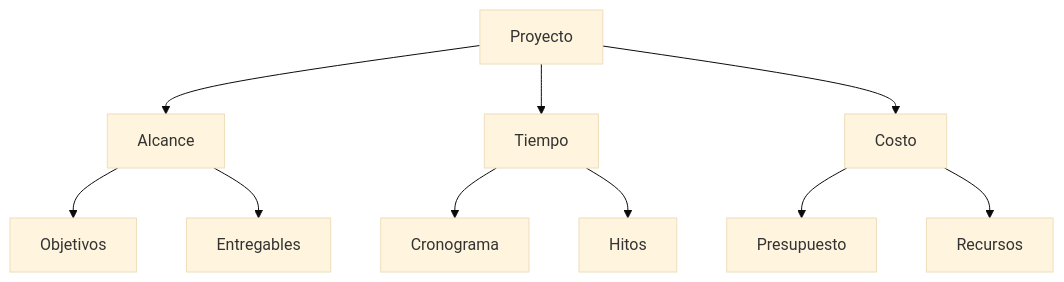
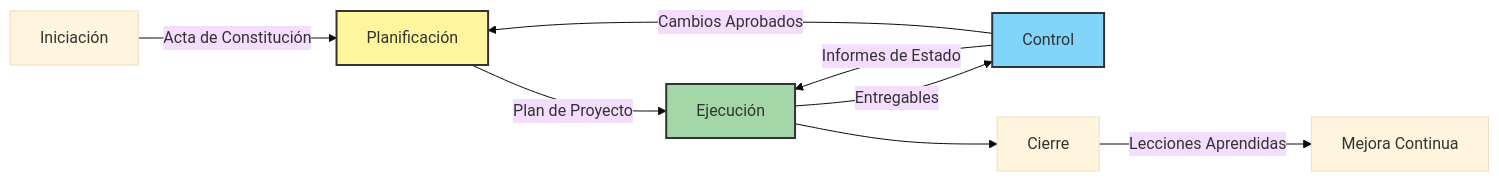
Before and after one commit to FCamaggi/gop-wiki: the second of 6 diagrams in public/content/clases/09-resumen-proyectos-y-pert-2025.04.22.md, drawn with Mermaid (base theme). The commit also changed other lines of this file and 36 other files, not shown here.

````diff
--- a/public/content/clases/09-resumen-proyectos-y-pert-2025.04.22.md
+++ b/public/content/clases/09-resumen-proyectos-y-pert-2025.04.22.md
@@ -22,12 +33,14 @@
 ```mermaid
-graph TD
-    A[Proyecto] --> B[Alcance]
-    A --> C[Tiempo]
-    A --> D[Costo]
-    B --> E[Objetivos]
-    B --> F[Entregables]
-    C --> G[Cronograma]
-    C --> H[Hitos]
-    D --> I[Presupuesto]
-    D --> J[Recursos]
+graph LR
+    A[Iniciación] -->|Acta de Constitución| B[Planificación]
+    B -->|Plan de Proyecto| C[Ejecución]
+    C -->|Entregables| D[Control]
+    D -->|Informes de Estado| C
+    D -->|Cambios Aprobados| B
+    C --> E[Cierre]
+    E -->|Lecciones Aprendidas| F[Mejora Continua]
+
+    style B fill:#FFF59D,stroke:#333,stroke-width:2px
+    style C fill:#A5D6A7,stroke:#333,stroke-width:2px
+    style D fill:#81D4FA,stroke:#333,stroke-width:2px
 ```
````
